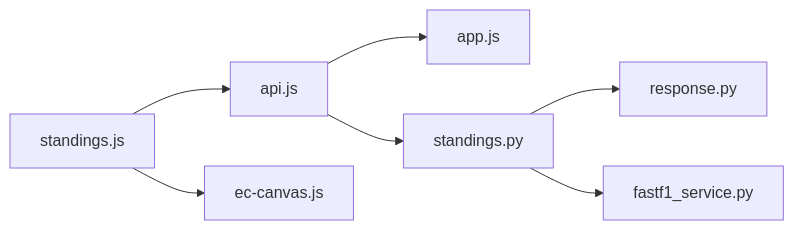
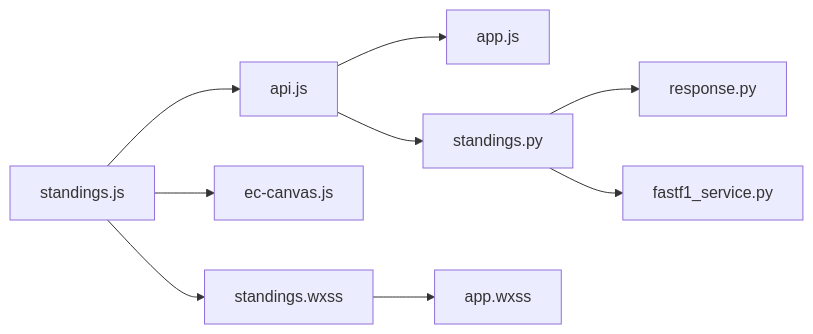
The tenth of 10 diagrams in .qoder/repowiki/zh/content/微信小程序前端/核心页面功能/积分榜页面.md (jianai0330/Fast-F1), drawn with Mermaid before and after one commit. The commit also changed other lines of this file and 22 other files, not shown here.

````diff
--- a/.qoder/repowiki/zh/content/微信小程序前端/核心页面功能/积分榜页面.md
+++ b/.qoder/repowiki/zh/content/微信小程序前端/核心页面功能/积分榜页面.md
@@ -384,9 +429,11 @@
 ```mermaid
 graph LR
 JS["standings.js"] --> API["api.js"]
 JS --> EC["ec-canvas.js"]
+JS --> WXSS["standings.wxss"]
 API --> APP["app.js"]
 API --> STAND["standings.py"]
 STAND --> RESP["response.py"]
 STAND --> FS["fastf1_service.py"]
+WXSS --> APPWXSS["app.wxss"]
 ```
````
